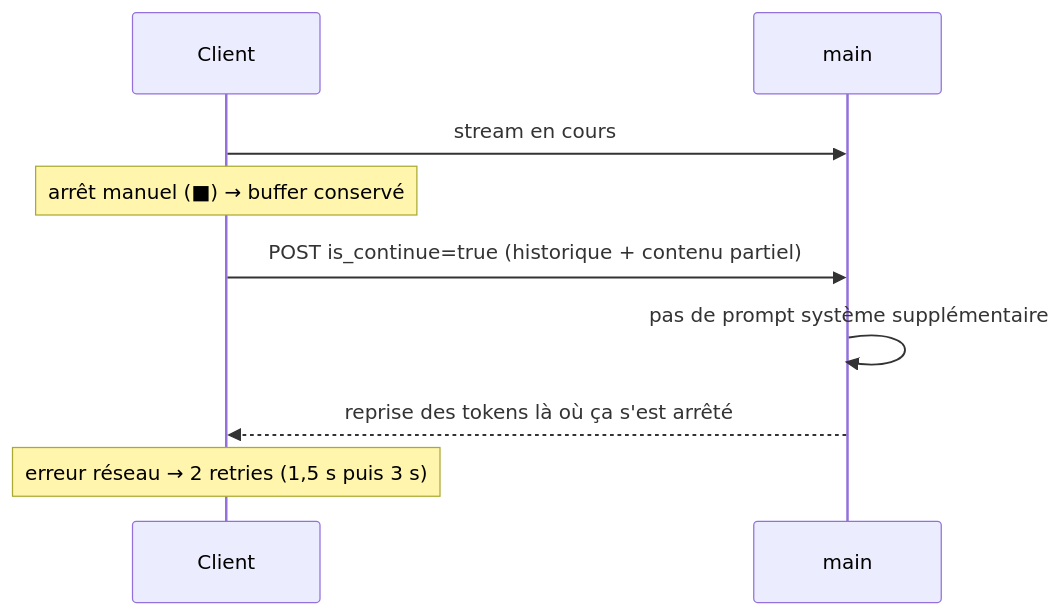
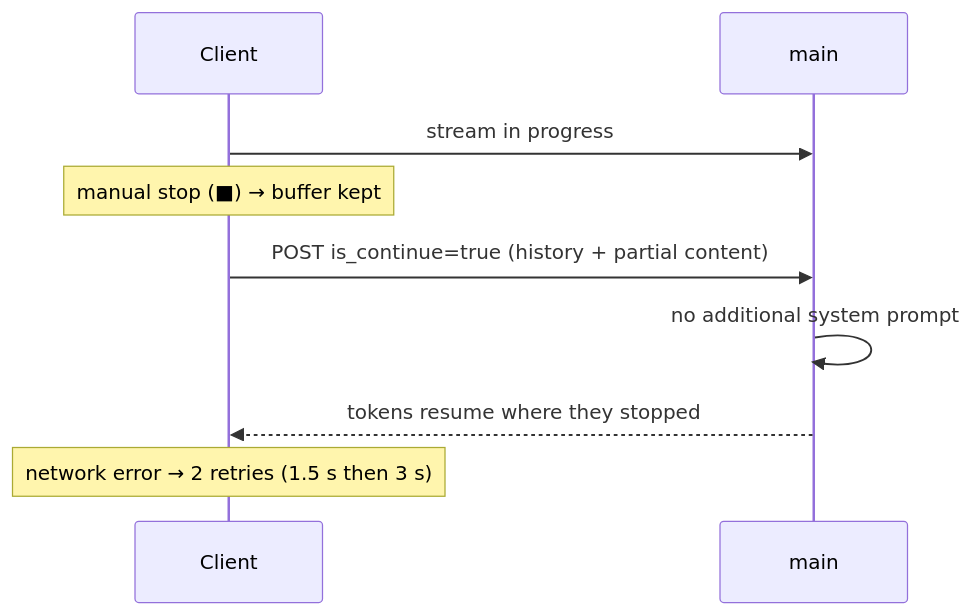
Diagram 14 of 16 in docs/architecture.md (toto-fou/Elpis), drawn with Mermaid before and after one commit. The commit also changed other lines of this file and 43 other files, not shown here.

````diff
--- a/docs/architecture.md
+++ b/docs/architecture.md
@@ -1612,11 +1614,11 @@
 ```mermaid
 sequenceDiagram
     participant C as Client
     participant A as main
-    C->>A: stream en cours
-    Note over C: arrêt manuel (■) → buffer conservé
-    C->>A: POST is_continue=true (historique + contenu partiel)
-    A->>A: pas de prompt système supplémentaire
-    A-->>C: reprise des tokens là où ça s'est arrêté
-    Note over C: erreur réseau → 2 retries (1,5 s puis 3 s)
+    C->>A: stream in progress
+    Note over C: manual stop (■) → buffer kept
+    C->>A: POST is_continue=true (history + partial content)
+    A->>A: no additional system prompt
+    A-->>C: tokens resume where they stopped
+    Note over C: network error → 2 retries (1.5 s then 3 s)
 ```
````
